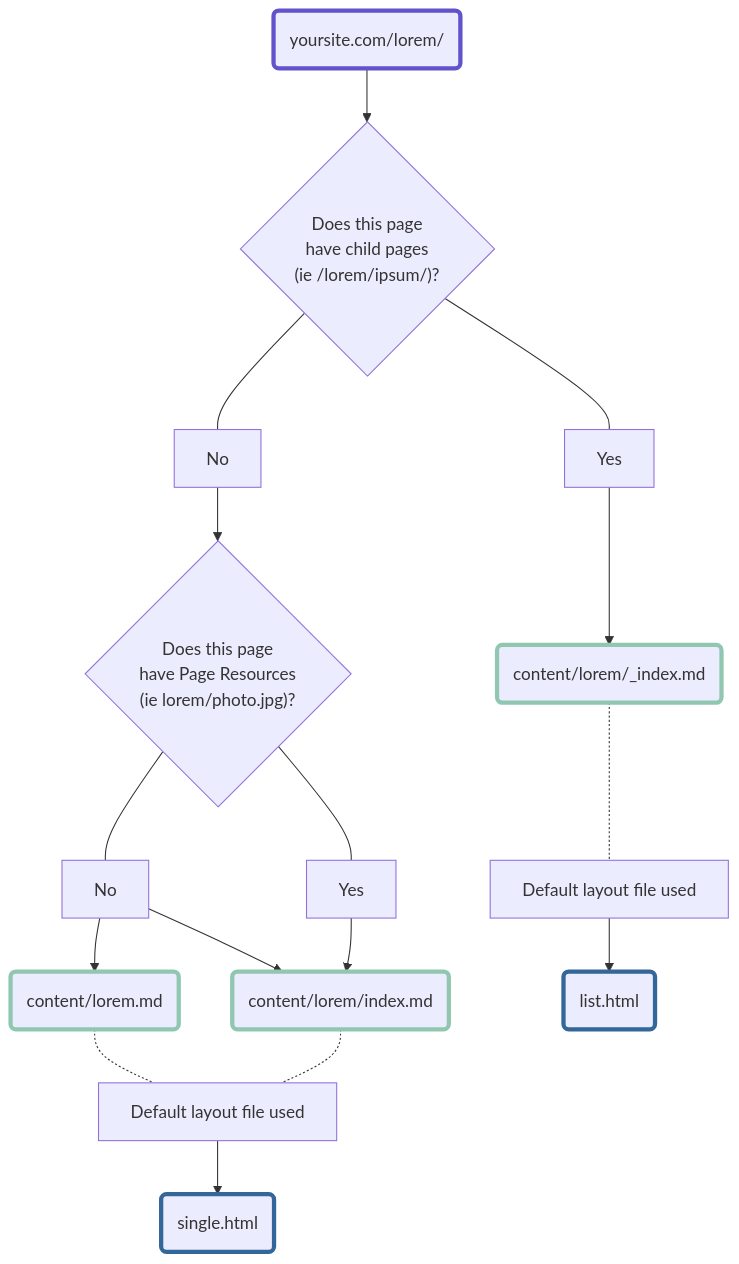
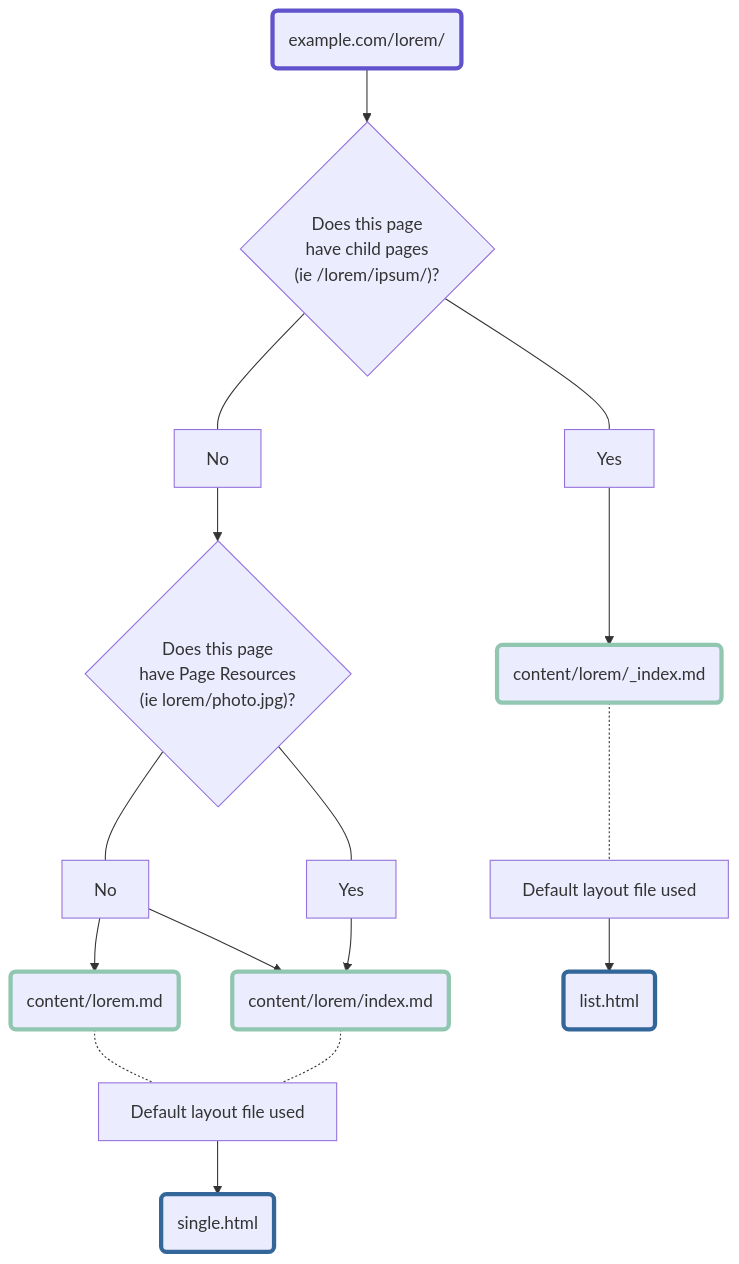
Before and after one commit to pointyfar/hugo-content-naming-layouts: the first of 2 diagrams in content/single-vs-list.md, drawn with Mermaid. The commit also changed other lines of this file, not shown here.

Commit message:
change yoursite.com to example.com

```diff
--- a/content/single-vs-list.md
+++ b/content/single-vs-list.md
@@ -12,46 +12,46 @@
 {{<mermaid>}}
 graph TD
-    A("yoursite.com/lorem/") --> C
+    A("example.com/lorem/") --> C
     
     C{"Does this page <br/>have child pages <br/> (ie /lorem/ipsum/)?<br/>"}
     C --- D[Yes]
     C --- E[No]
         E --> F
 
         F{"Does this page <br/> have Page Resources <br/> (ie lorem/photo.jpg)?"}
         F ---G
         F ---H
 
             G["No"] --> indexmd
             G["No"] --> ipsummd
 
             H["Yes"] --> indexmd
 
             indexmd("content/lorem/index.md")
             ipsummd("content/lorem.md")
 
             ipsummd -.- slayout
             indexmd -.- slayout
 
             slayout["Default layout file used"]
             slayout --> single("single.html")
 
     D --> lindex("content/lorem/_index.md")
 
           lindex -.- llayout["Default layout file used"]
           llayout --> list("list.html")
 
 
     click indexmd "/circle/" "Example"
     click ipsummd "/square/" "Example"
     click lindex "/clouds/" "Example"
 
     style lindex stroke-width:4px, stroke:#91C7B1;
     style indexmd stroke-width:4px, stroke:#91C7B1;
     style ipsummd stroke-width:4px, stroke:#91C7B1;
     style A stroke-width:4px, stroke:#6153CC;
     style single stroke-width:4px, stroke:#336699;
     style list stroke-width:4px, stroke:#336699;
 
 
 {{</mermaid>}}
```
